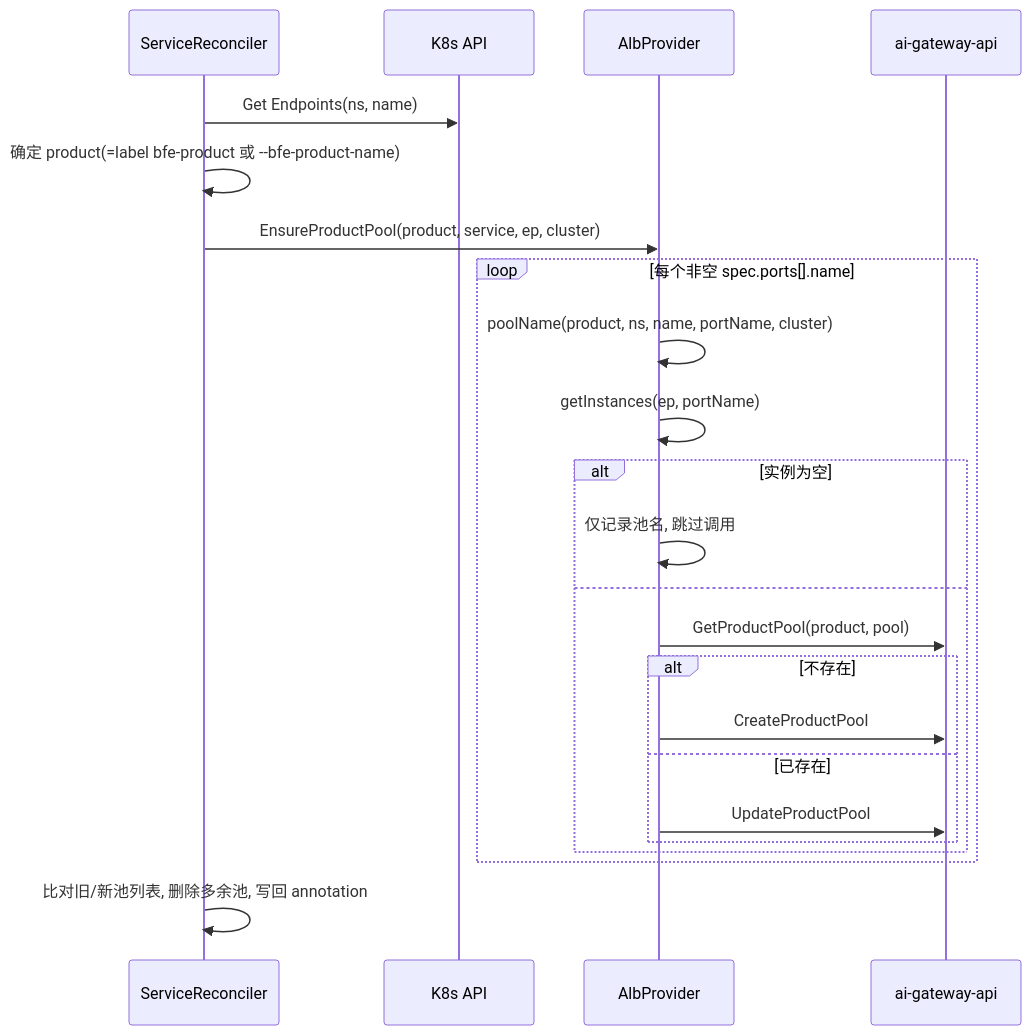
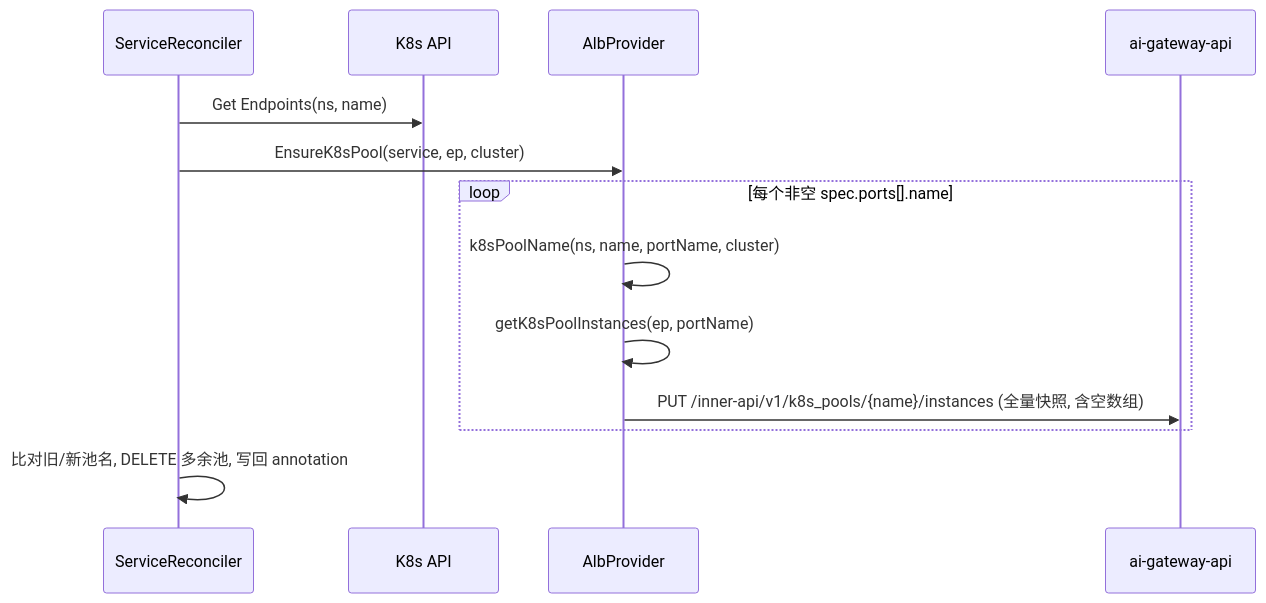
Before and after one commit to rainway-ai-gateway/ai-gateway-controller: the second of 2 diagrams in design-docs/sys-design/service-discovery-design.md, drawn with Mermaid. The commit also changed other lines of this file and 53 other files, not shown here.

````diff
--- a/design-docs/sys-design/service-discovery-design.md
+++ b/design-docs/sys-design/service-discovery-design.md
@@ -92,26 +92,16 @@
 ```mermaid
 sequenceDiagram
     participant R as ServiceReconciler
     participant K as K8s API
     participant A as AlbProvider
     participant G as ai-gateway-api
 
     R->>K: Get Endpoints(ns, name)
-    R->>R: 确定 product(=label bfe-product 或 --bfe-product-name)
-    R->>A: EnsureProductPool(product, service, ep, cluster)
+    R->>A: EnsureK8sPool(service, ep, cluster)
     loop 每个非空 spec.ports[].name
-        A->>A: poolName(product, ns, name, portName, cluster)
-        A->>A: getInstances(ep, portName)
-        alt 实例为空
-            A->>A: 仅记录池名, 跳过调用
-        else
-            A->>G: GetProductPool(product, pool)
-            alt 不存在
-                A->>G: CreateProductPool
-            else 已存在
-                A->>G: UpdateProductPool
-            end
-        end
+        A->>A: k8sPoolName(ns, name, portName, cluster)
+        A->>A: getK8sPoolInstances(ep, portName)
+        A->>G: PUT /inner-api/v1/k8s_pools/{name}/instances (全量快照, 含空数组)
     end
-    R->>R: 比对旧/新池列表, 删除多余池, 写回 annotation
+    R->>R: 比对旧/新池名, DELETE 多余池, 写回 annotation
 ```
````
